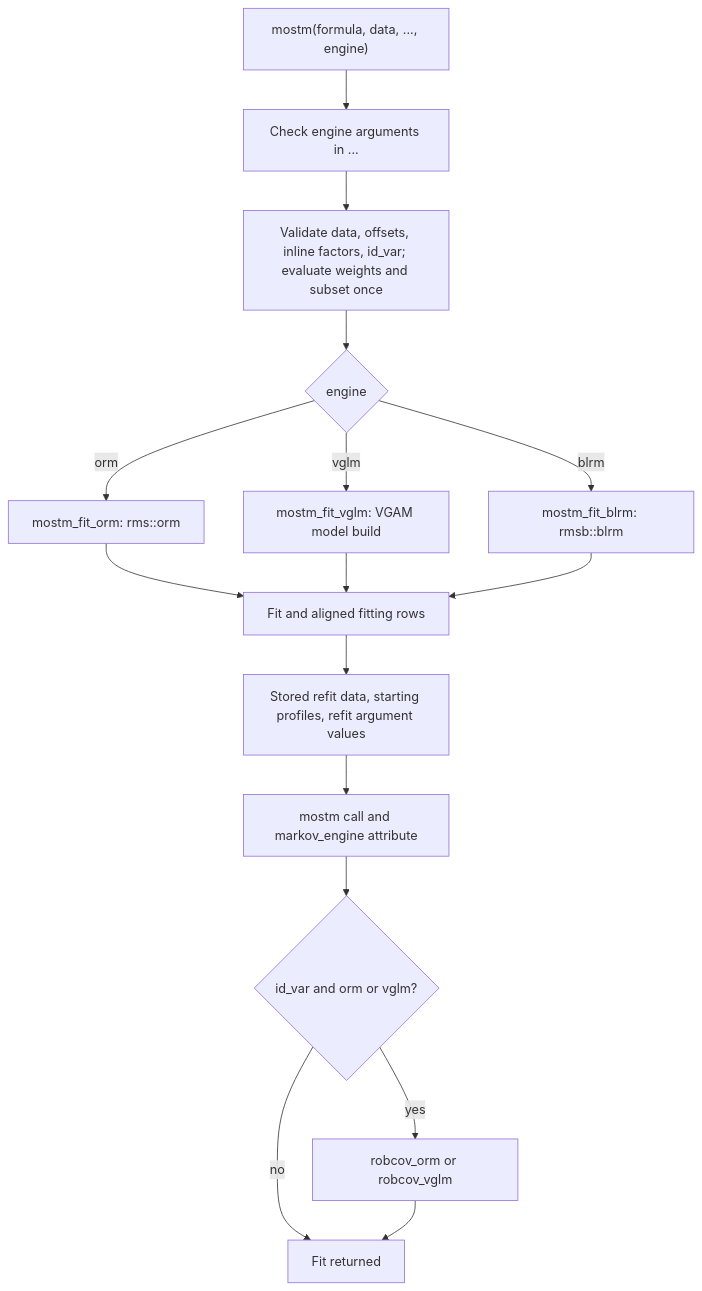
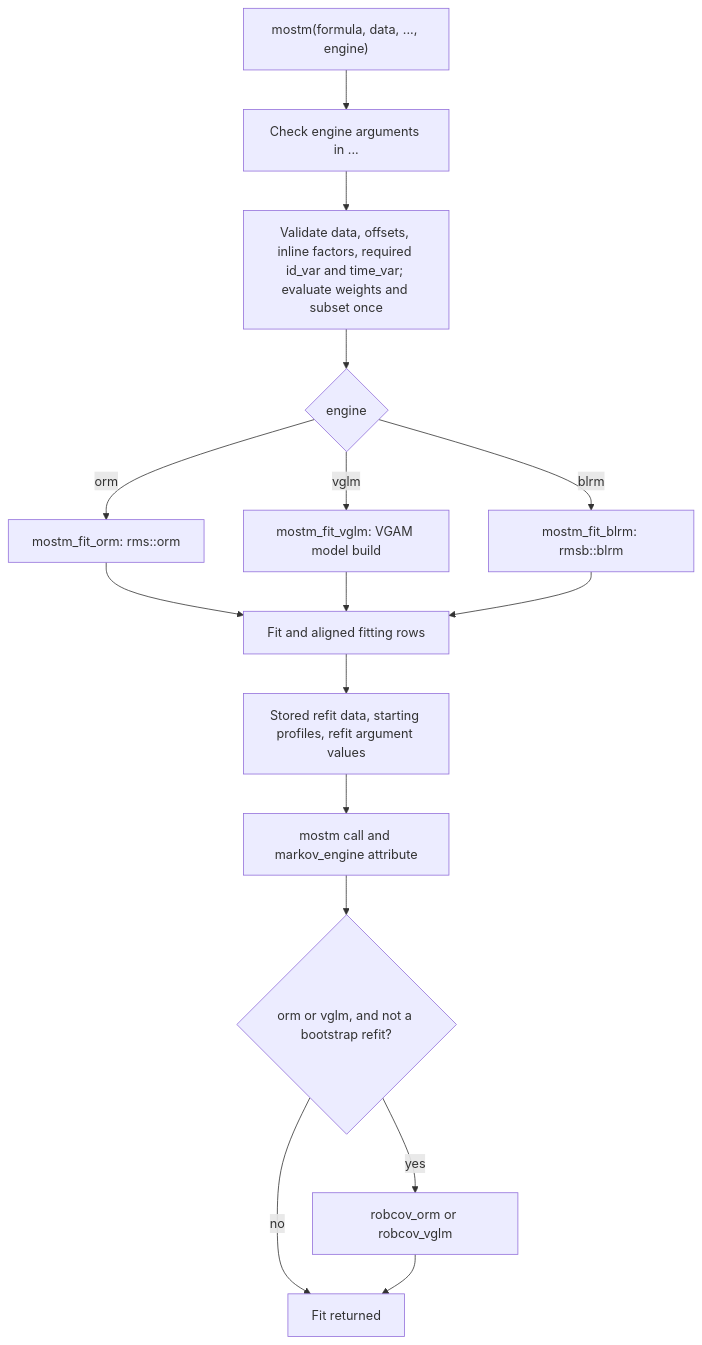
The second of 3 diagrams in ARCHITECTURE.md (scjohannes/mostr), drawn with Mermaid before and after one commit. The commit also changed other lines of this file and 69 other files, not shown here.

````diff
--- a/ARCHITECTURE.md
+++ b/ARCHITECTURE.md
@@ -101,18 +101,18 @@
 ```mermaid
 flowchart TD
     A["mostm(formula, data, ..., engine)"] --> B[Check engine arguments in ...]
-    B --> C[Validate data, offsets, inline factors, id_var; evaluate weights and subset once]
+    B --> C[Validate data, offsets, inline factors, required id_var and time_var; evaluate weights and subset once]
     C --> D{engine}
     D -->|orm| E[mostm_fit_orm: rms::orm]
     D -->|vglm| F[mostm_fit_vglm: VGAM model build]
     D -->|blrm| G[mostm_fit_blrm: rmsb::blrm]
     E --> H[Fit and aligned fitting rows]
     F --> H
     G --> H
     H --> I[Stored refit data, starting profiles, refit argument values]
     I --> J[mostm call and markov_engine attribute]
-    J --> K{id_var and orm or vglm?}
+    J --> K{orm or vglm, and not a bootstrap refit?}
     K -->|yes| L[robcov_orm or robcov_vglm]
     K -->|no| M[Fit returned]
     L --> M
 ```
````
